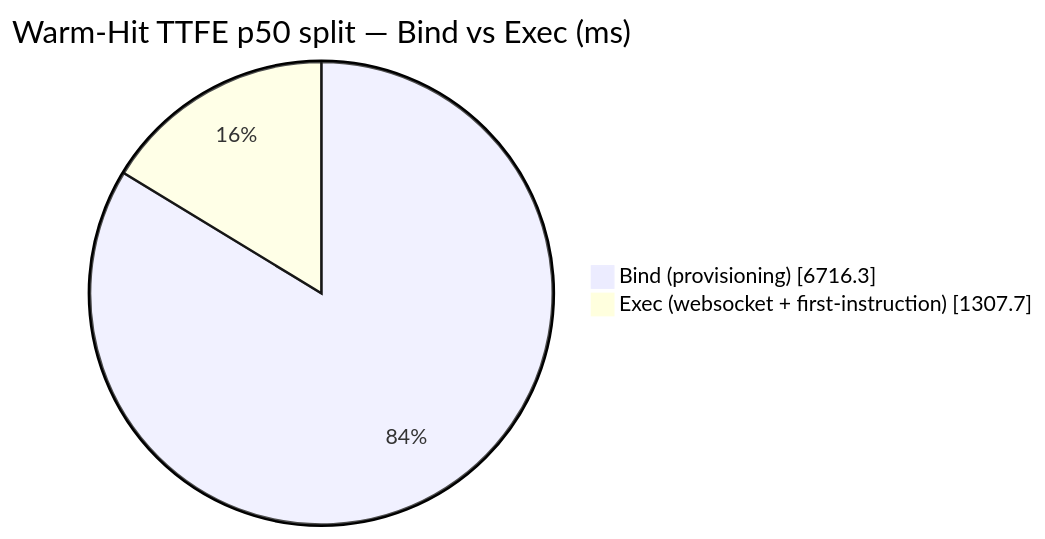
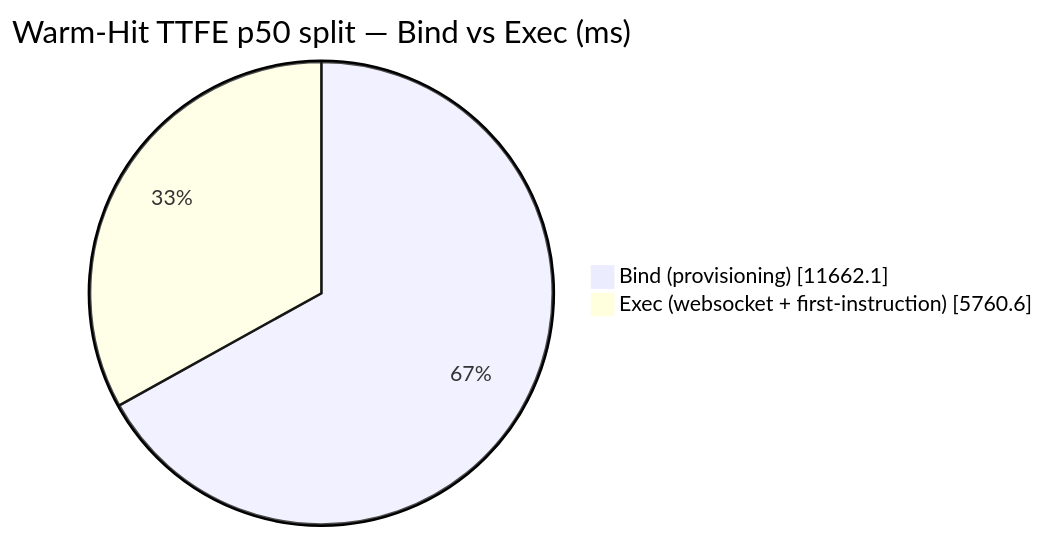
One commit to AlexBulankou/honest-bench changed the diagram in DETAILS.md. Above: the diagram before and after it, drawn with Mermaid. The commit also changed other lines of this file and 5 other files, not shown here.

````diff
--- a/DETAILS.md
+++ b/DETAILS.md
@@ -100,6 +101,6 @@
 ```mermaid
 pie showData
     title Warm-Hit TTFE p50 split — Bind vs Exec (ms)
-    "Bind (provisioning)" : 6716.3
-    "Exec (websocket + first-instruction)" : 1307.7
+    "Bind (provisioning)" : 11662.1
+    "Exec (websocket + first-instruction)" : 5760.6
 ```
````
